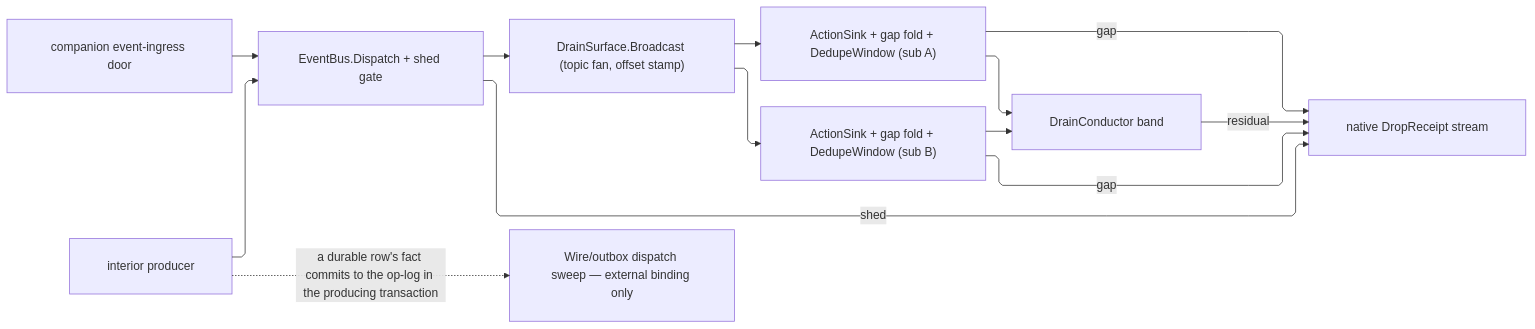
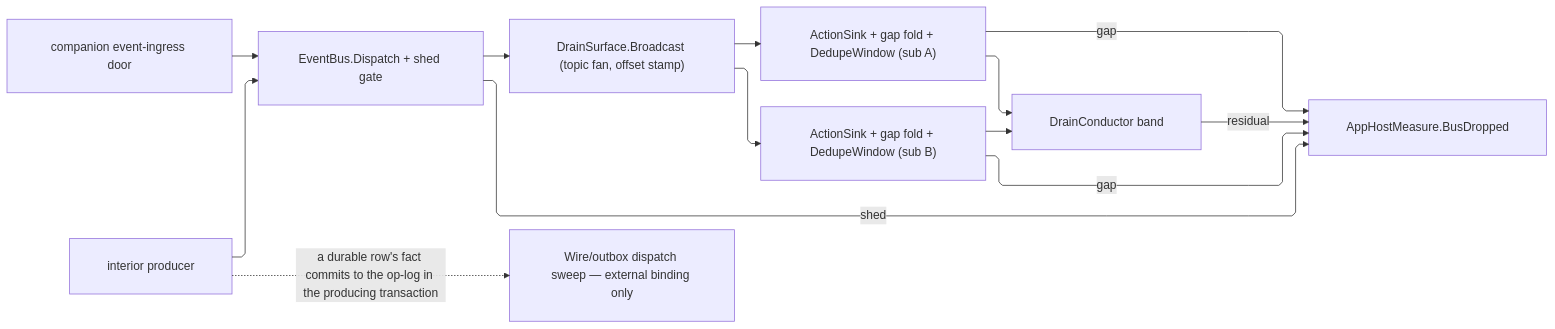
One commit to bsamiee/Rasm changed the diagram in libs/dotnet/Rasm.AppHost/.planning/Wire/topics.md. Above: the diagram before and after it, drawn with Mermaid. The commit also changed other lines of this file and 1417 other files, not shown here.

````diff
--- a/libs/dotnet/Rasm.AppHost/.planning/Wire/topics.md
+++ b/libs/dotnet/Rasm.AppHost/.planning/Wire/topics.md
@@ -278,24 +286,24 @@
 ```mermaid
 ---
 config:
   layout: elk
   flowchart:
     curve: linear
     padding: 25
 ---
 flowchart LR
-    accTitle: One topic fan, one waiting room per subscription, loss receipted at both ends
-    accDescr: A DomainEvent enters EventBus.Dispatch from an interior producer or the companion event-ingress door; the degradation shed gate either mints a Shed drop receipt or hands the event to the topic fan, which stamps the topic's next dense offset through the drain-surface broadcast builder; each subscription is one bounded consumer sink seated directly as a fan sink, folding the arriving offset into its seat and minting a Missed drop receipt for any gap before the composed dedupe window admits the event; the bus drains under the runtime conductor, which compares the head cursor against each seat and mints the residual Missed receipt for tail loss; the durable leg leaves this bus entirely and never returns an event to it.
+    accTitle: One topic fan, one waiting room per subscription, loss measured at both ends
+    accDescr: A DomainEvent enters EventBus.Dispatch from an interior producer or the companion event-ingress door; the degradation shed gate either writes the Shed count or hands the event to the topic fan, which stamps the topic's next dense offset through the drain-surface broadcast builder; each subscription is one bounded consumer sink seated directly as a fan sink, folding the arriving offset into its seat and writing the Missed count for any gap before the composed dedupe window admits the event; the bus drains under the runtime conductor, which compares the head cursor against each seat and writes the residual Missed count for tail loss; the durable leg leaves this bus entirely and never returns an event to it.
     Ingress["companion event-ingress door"] --> Dispatch
     Producer["interior producer"] --> Dispatch
     Dispatch["EventBus.Dispatch + shed gate"] --> Fan["DrainSurface.Broadcast (topic fan, offset stamp)"]
-    Dispatch -- shed --> Drops["native DropReceipt stream"]
+    Dispatch -- shed --> Drops["AppHostMeasure.BusDropped"]
     Fan --> Act1["ActionSink + gap fold + DedupeWindow (sub A)"]
     Fan --> Act2["ActionSink + gap fold + DedupeWindow (sub B)"]
     Act1 -- gap --> Drops
     Act2 -- gap --> Drops
     Act1 --> Drain["DrainConductor band"]
     Act2 --> Drain
     Drain -- residual --> Drops
     Producer -.->|a durable row's fact commits to the op-log in the producing transaction| Relay["Wire/outbox dispatch sweep — external binding only"]
 ```
````
